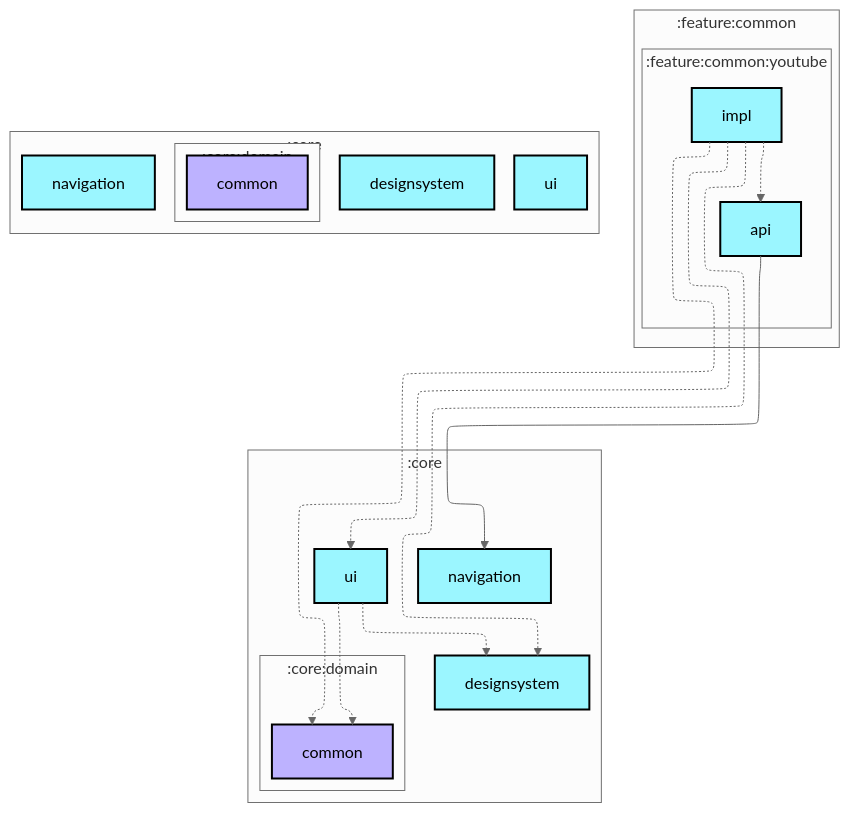
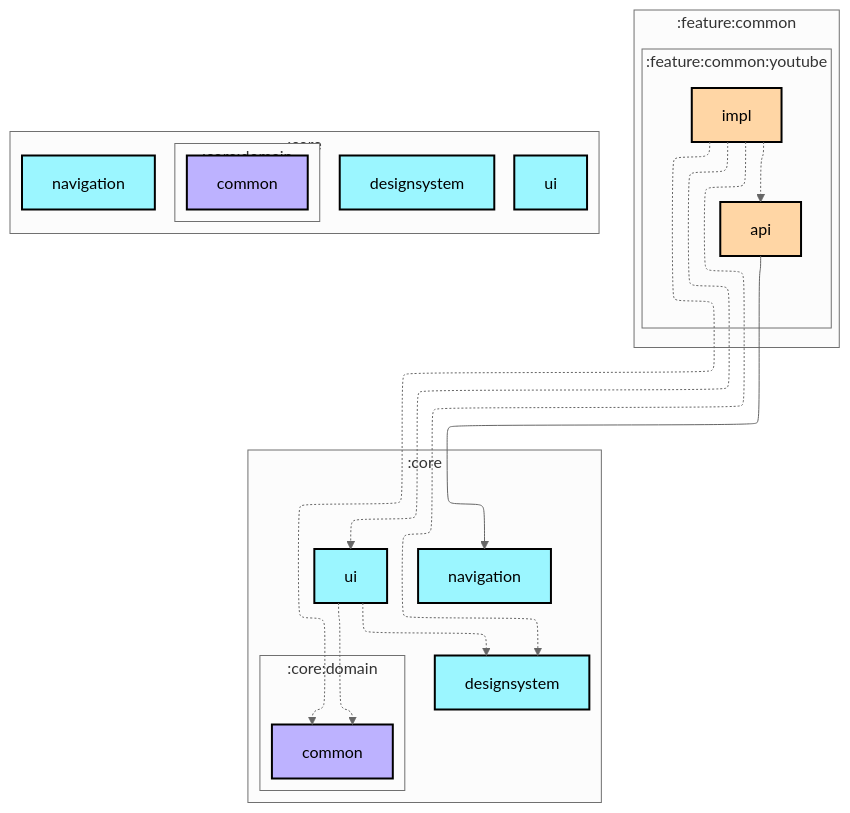
One commit to jadavchirag/jadavchirag changed the first of 2 diagrams in architecture/ParentalControlApps/feature/common/youtube/impl/README.md. Above: the diagram before and after it, drawn with Mermaid (neutral theme). The commit also changed 26 other files, not shown here.

Commit message:
fixed feature module colors in graphs

````diff
--- a/architecture/ParentalControlApps/feature/common/youtube/impl/README.md
+++ b/architecture/ParentalControlApps/feature/common/youtube/impl/README.md
@@ -6,45 +6,45 @@
 ```mermaid
 ---
 config:
   layout: elk
   elk:
     nodePlacementStrategy: SIMPLE
 ---
 graph TB
   subgraph :feature:common
     direction TB
     subgraph :feature:common:youtube
       direction TB
-      :feature:common:youtube:api[api]:::android-library
-      :feature:common:youtube:impl[impl]:::android-library
+      :feature:common:youtube:api[api]:::android-feature
+      :feature:common:youtube:impl[impl]:::android-feature
     end
   end
   subgraph :core
     direction TB
     :core:designsystem[designsystem]:::android-library
     :core:navigation[navigation]:::android-library
     :core:ui[ui]:::android-library
   end
   subgraph :core
     direction TB
     subgraph :core:domain
       direction TB
       :core:domain:common[common]:::jvm-library
     end
   end
 
   :core:ui -.-> :core:designsystem
   :core:ui -.-> :core:domain:common
   :feature:common:youtube:api --> :core:navigation
   :feature:common:youtube:impl -.-> :core:designsystem
   :feature:common:youtube:impl -.-> :core:domain:common
   :feature:common:youtube:impl -.-> :core:ui
   :feature:common:youtube:impl -.-> :feature:common:youtube:api
 
 classDef android-application fill:#CAFFBF,stroke:#000,stroke-width:2px,color:#000;
 classDef android-feature fill:#FFD6A5,stroke:#000,stroke-width:2px,color:#000;
 classDef android-library fill:#9BF6FF,stroke:#000,stroke-width:2px,color:#000;
 classDef android-test fill:#A0C4FF,stroke:#000,stroke-width:2px,color:#000;
 classDef jvm-library fill:#BDB2FF,stroke:#000,stroke-width:2px,color:#000;
 classDef unknown fill:#FFADAD,stroke:#000,stroke-width:2px,color:#000;
 ```
````
